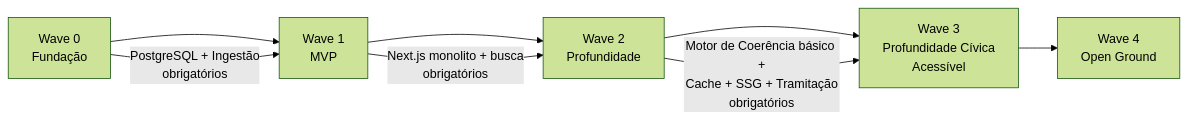
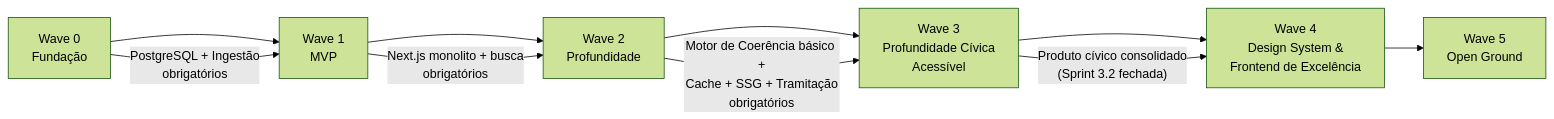
The second of 2 diagrams in docs/product/ROADMAP.md (FabioCaffarello/brasil-a-vera), drawn with Mermaid (forest theme) before and after one commit. The commit also changed other lines of this file and 3 other files, not shown here.

First line of the commit message:
docs(wave4): ADR-021 + ADR-022 + ROADMAP renumerado — Sprint 4.0 PR 1

````diff
--- a/docs/product/ROADMAP.md
+++ b/docs/product/ROADMAP.md
@@ -496,11 +676,13 @@
 ```mermaid
 graph LR
     W0["Wave 0<br/>Fundação"] --> W1["Wave 1<br/>MVP"]
     W1 --> W2["Wave 2<br/>Profundidade"]
     W2 --> W3["Wave 3<br/>Profundidade Cívica<br/>Acessível"]
-    W3 --> W4["Wave 4<br/>Open Ground"]
+    W3 --> W4["Wave 4<br/>Design System &<br/>Frontend de Excelência"]
+    W4 --> W5["Wave 5<br/>Open Ground"]
 
     W0 -->|"PostgreSQL + Ingestão<br/>obrigatórios"| W1
     W1 -->|"Next.js monolito + busca<br/>obrigatórios"| W2
     W2 -->|"Motor de Coerência básico +<br/>Cache + SSG + Tramitação<br/>obrigatórios"| W3
+    W3 -->|"Produto cívico consolidado<br/>(Sprint 3.2 fechada)"| W4
 ```
````
